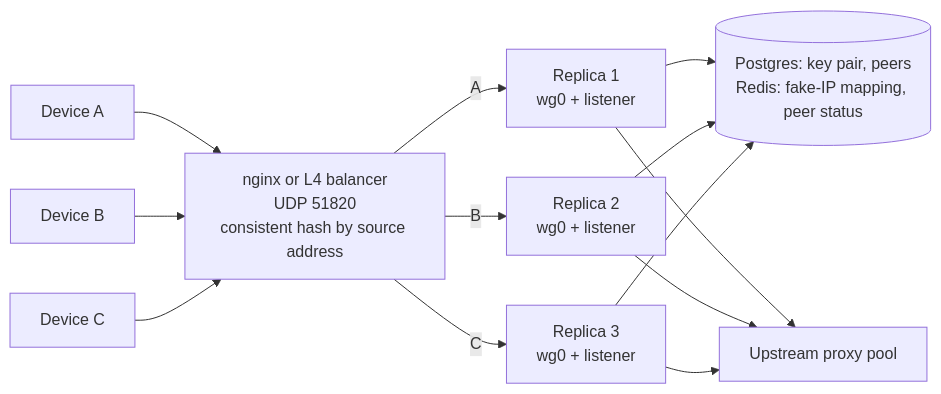
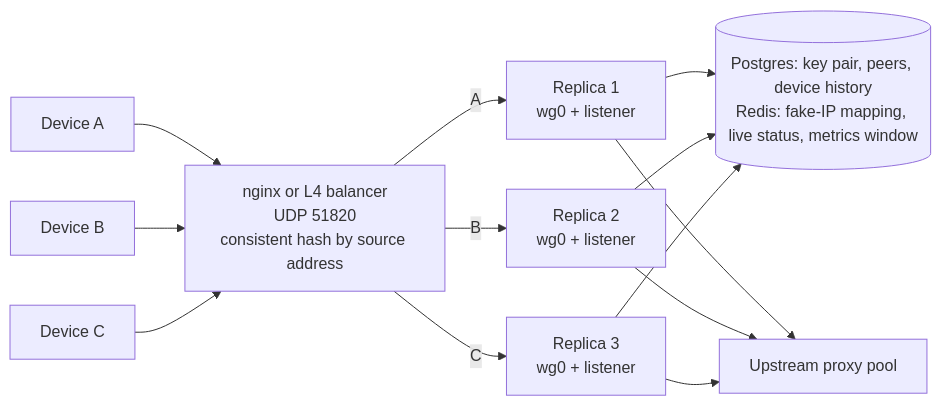
Before and after one commit to octoprox/octoprox: the third of 3 diagrams in docs/wireguard.md, drawn with Mermaid. The commit also changed other lines of this file and 38 other files, not shown here.

````diff
--- a/docs/wireguard.md
+++ b/docs/wireguard.md
@@ -177,12 +182,12 @@
 ```mermaid
 flowchart LR
     d1["Device A"] --> lb
     d2["Device B"] --> lb
     d3["Device C"] --> lb
     lb["nginx or L4 balancer<br/>UDP 51820<br/>consistent hash by source address"]
     lb -->|A| r1["Replica 1<br/>wg0 + listener"]
     lb -->|B| r2["Replica 2<br/>wg0 + listener"]
     lb -->|C| r3["Replica 3<br/>wg0 + listener"]
-    r1 & r2 & r3 --> shared[("Postgres: key pair, peers<br/>Redis: fake-IP mapping, peer status")]
+    r1 & r2 & r3 --> shared[("Postgres: key pair, peers, device history<br/>Redis: fake-IP mapping, live status, metrics window")]
     r1 & r2 & r3 --> pool["Upstream proxy pool"]
 ```
````
